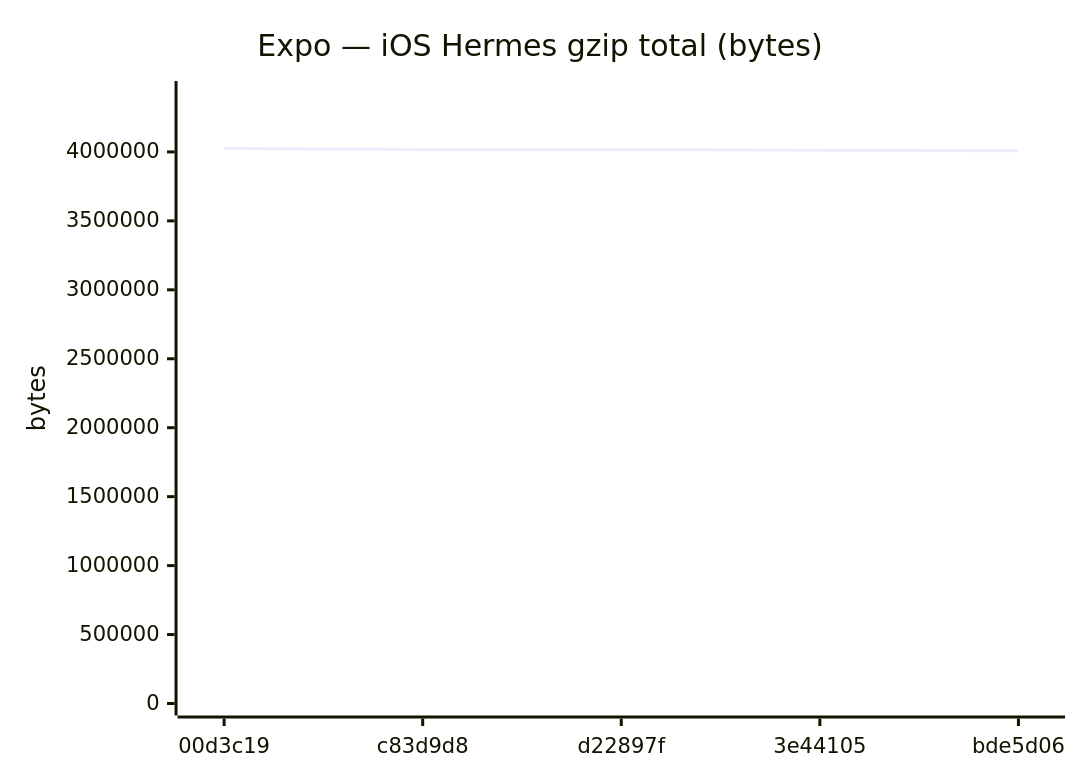
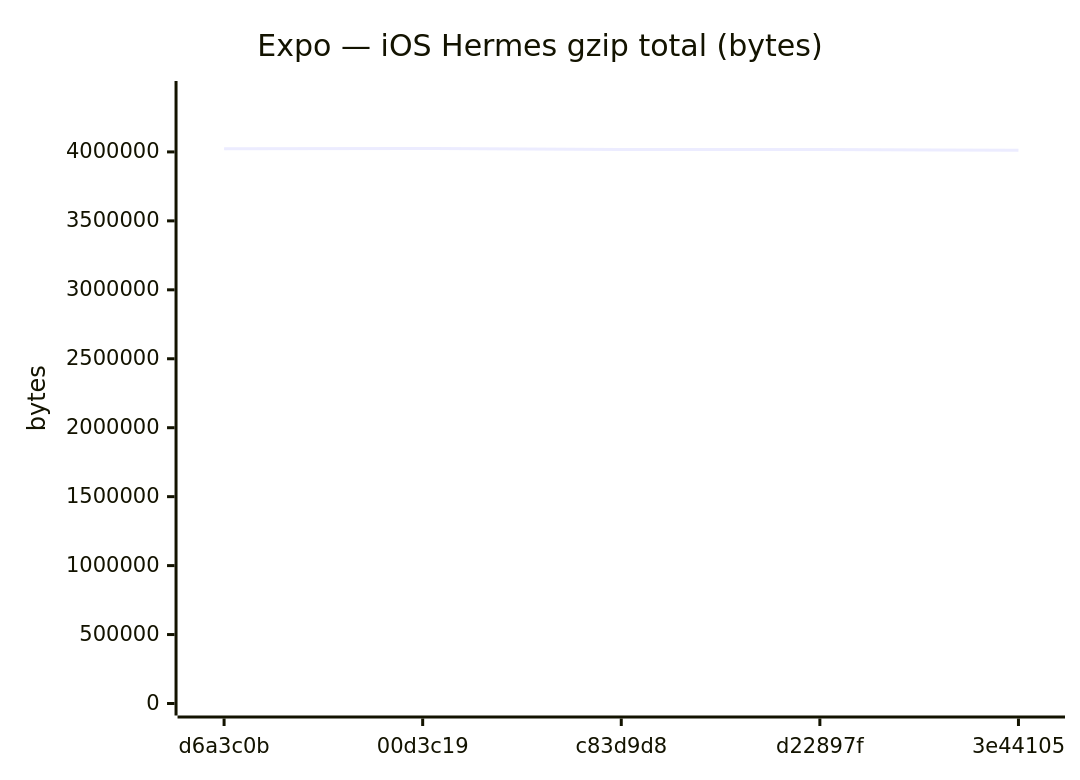
Before and after one commit to Metaheurist/Rianell: diagram 12 of 18 in benchmarks/compare.md, drawn with Mermaid. The commit also changed other lines of this file and 11 other files, not shown here.

````diff
--- a/benchmarks/compare.md
+++ b/benchmarks/compare.md
@@ -179,7 +179,7 @@
 ```mermaid
 xychart-beta
     title "Expo — iOS Hermes gzip total (bytes)"
-    x-axis ["00d3c19", "c83d9d8", "d22897f", "3e44105", "bde5d06"]
+    x-axis ["d6a3c0b", "00d3c19", "c83d9d8", "d22897f", "3e44105"]
     y-axis "bytes" 0 --> 4427238
-    line [4024761, 4017281, 4017565, 4012063, 4008470]
+    line [4023645, 4024761, 4017281, 4017565, 4012063]
 ```
````
